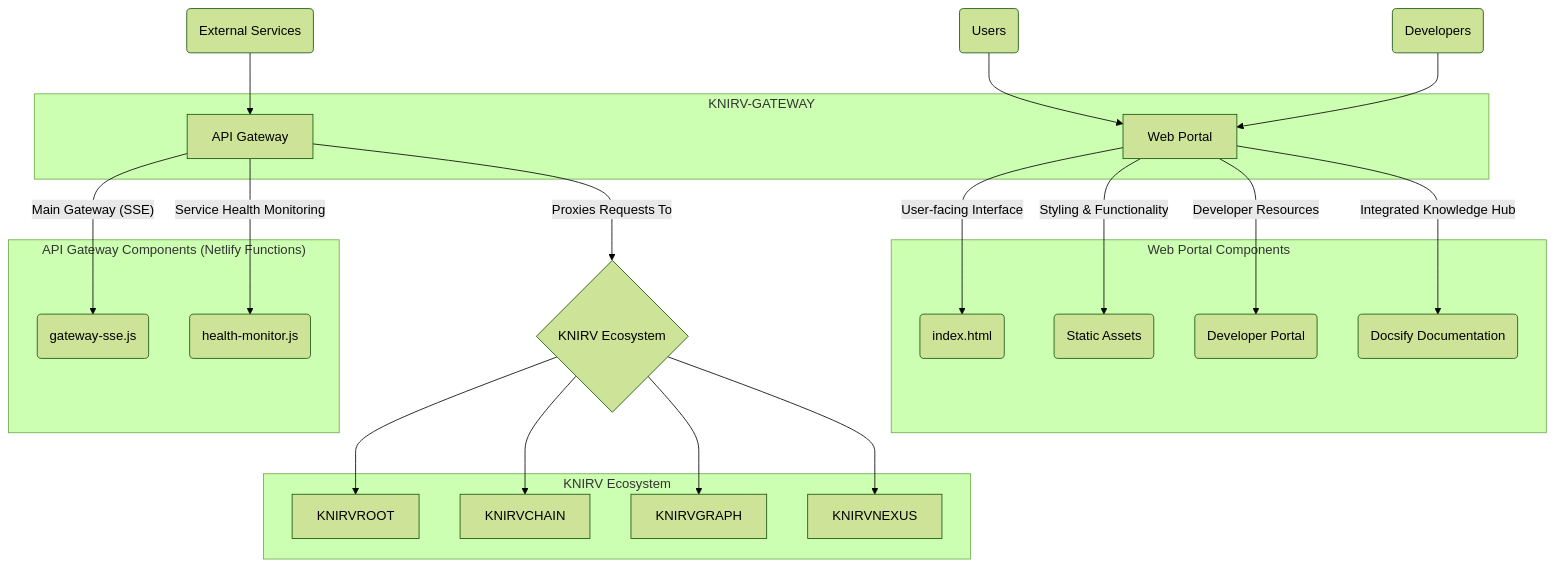
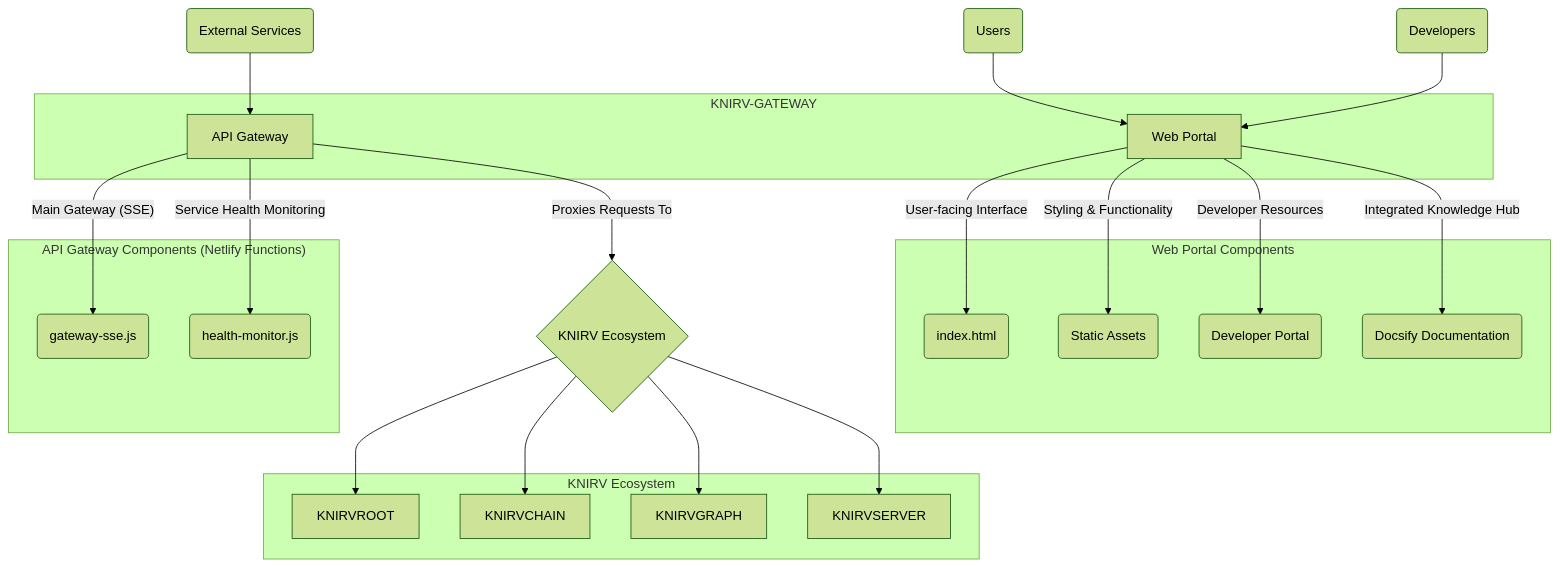
One commit to guiperry/KNIRV_NETWORK changed the diagram in packages/KNIRVGATEWAY/internal/embedded/network-website/documentation/docsify/whitepapers/KNIRV-GATEWAY_Whitepaper.md. Above: the diagram before and after it, drawn with Mermaid (forest theme). The commit also changed other lines of this file and 580 other files, not shown here.

````diff
--- a/packages/KNIRVGATEWAY/internal/embedded/network-website/documentation/docsify/whitepapers/KNIRV-GATEWAY_Whitepaper.md
+++ b/packages/KNIRVGATEWAY/internal/embedded/network-website/documentation/docsify/whitepapers/KNIRV-GATEWAY_Whitepaper.md
@@ -23,45 +23,45 @@
 ```mermaid
 graph TD
     subgraph KNIRV-GATEWAY
         A[Web Portal]
         B[API Gateway]
     end
 
     subgraph "Web Portal Components"
         A1(index.html)
         A2(Static Assets)
         A3(Developer Portal)
         A4(Docsify Documentation)
     end
 
     subgraph "API Gateway Components (Netlify Functions)"
         B1(gateway-sse.js)
         B2(health-monitor.js)
     end
 
     A -- "User-facing Interface" --> A1
     A -- "Styling & Functionality" --> A2
     A -- "Developer Resources" --> A3
     A -- "Integrated Knowledge Hub" --> A4
 
     B -- "Main Gateway (SSE)" --> B1
     B -- "Service Health Monitoring" --> B2
 
     C(Users) --> A
     D(Developers) --> A
     E(External Services) --> B
 
     B -- "Proxies Requests To" --> F{KNIRV Ecosystem}
 
     subgraph "KNIRV Ecosystem"
         G[KNIRVROOT]
         H[KNIRVCHAIN]
         I[KNIRVGRAPH]
-        J[KNIRVNEXUS]
+        J[KNIRVSERVER]
     end
 
     F --> G
     F --> H
     F --> I
     F --> J
 ```
````
